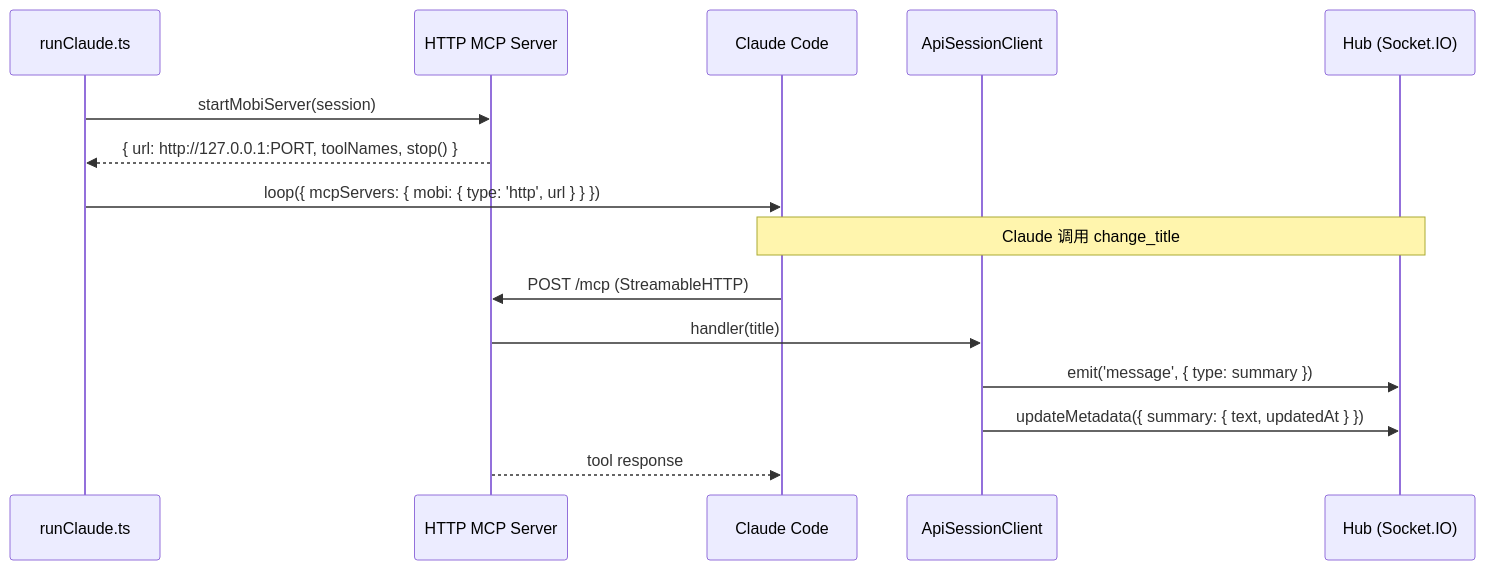
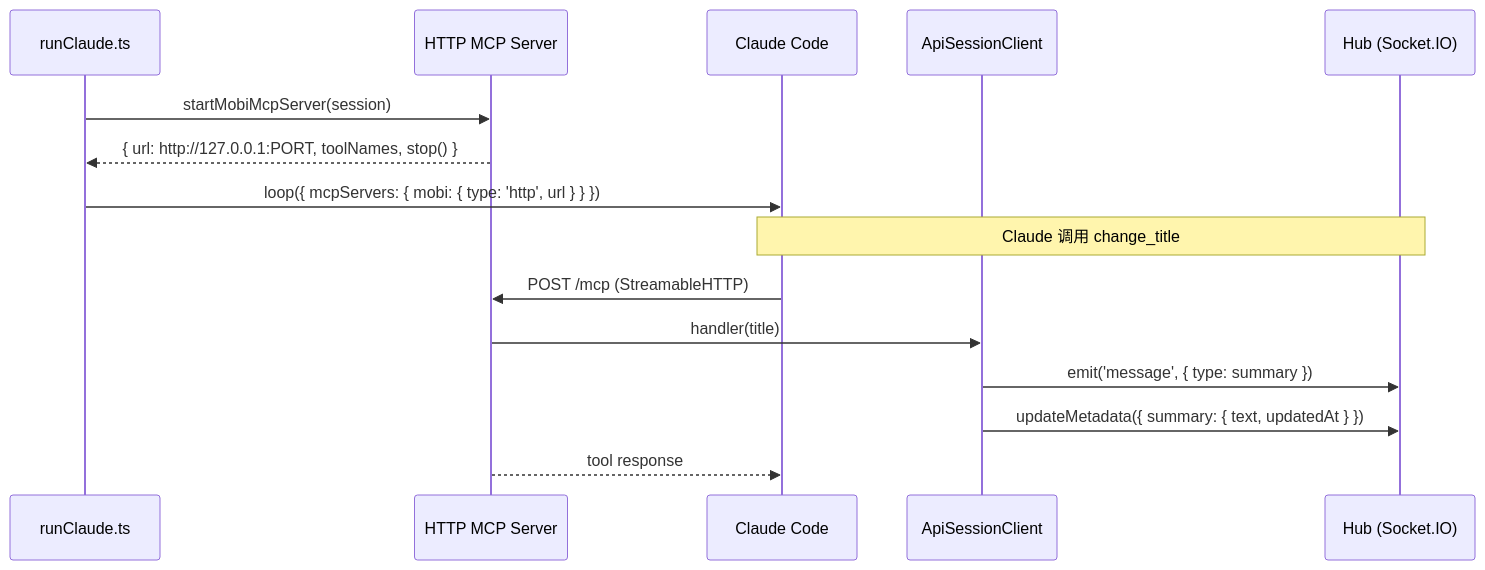
The second of 4 diagrams in docs/architecture/cli/commands/mcp/README.md (ModuBit/mobi), drawn with Mermaid before and after one commit. The commit also changed other lines of this file and 56 other files, not shown here.

````diff
--- a/docs/architecture/cli/commands/mcp/README.md
+++ b/docs/architecture/cli/commands/mcp/README.md
@@ -30,20 +30,20 @@
 ```mermaid
 sequenceDiagram
     participant RunClaude as runClaude.ts
     participant MobiServer as HTTP MCP Server
     participant Claude as Claude Code
     participant Session as ApiSessionClient
     participant Hub as Hub (Socket.IO)
 
-    RunClaude->>MobiServer: startMobiServer(session)
+    RunClaude->>MobiServer: startMobiMcpServer(session)
     MobiServer-->>RunClaude: { url: http://127.0.0.1:PORT, toolNames, stop() }
 
     RunClaude->>Claude: loop({ mcpServers: { mobi: { type: 'http', url } } })
 
     Note over Claude,Hub: Claude 调用 change_title
     Claude->>MobiServer: POST /mcp (StreamableHTTP)
     MobiServer->>Session: handler(title)
     Session->>Hub: emit('message', { type: summary })
     Session->>Hub: updateMetadata({ summary: { text, updatedAt } })
     MobiServer-->>Claude: tool response
 ```
````
